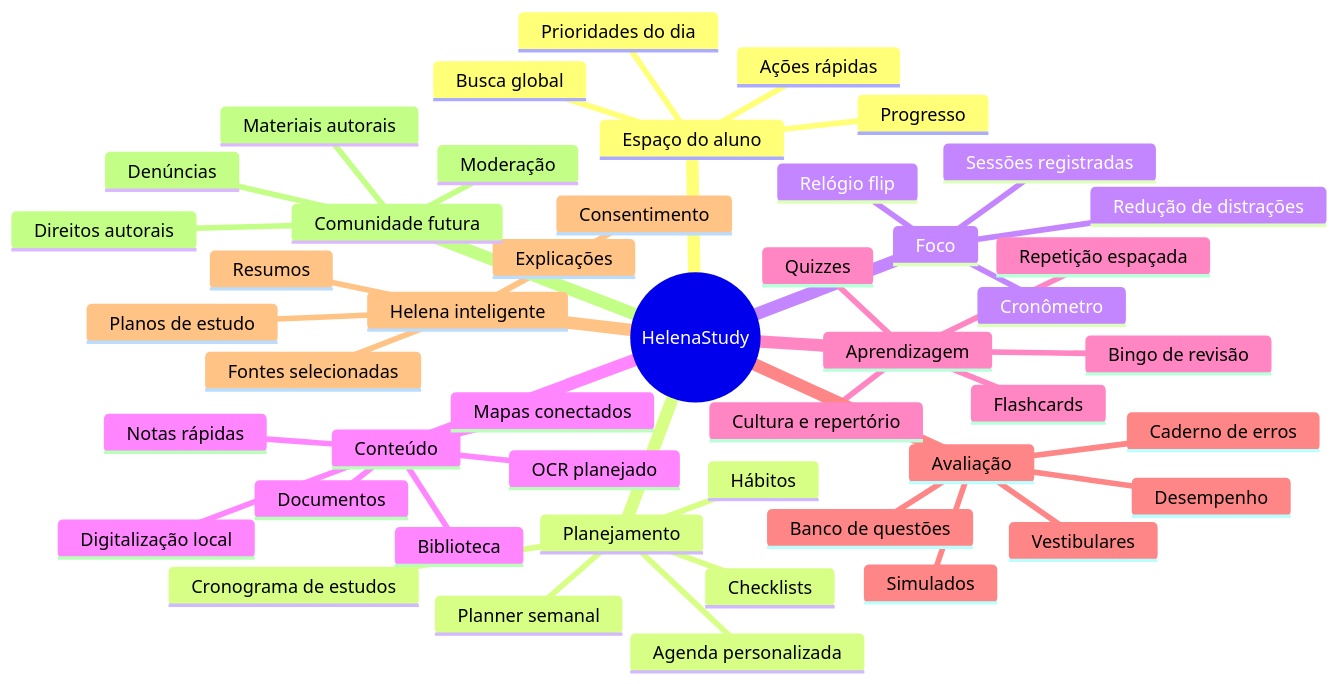
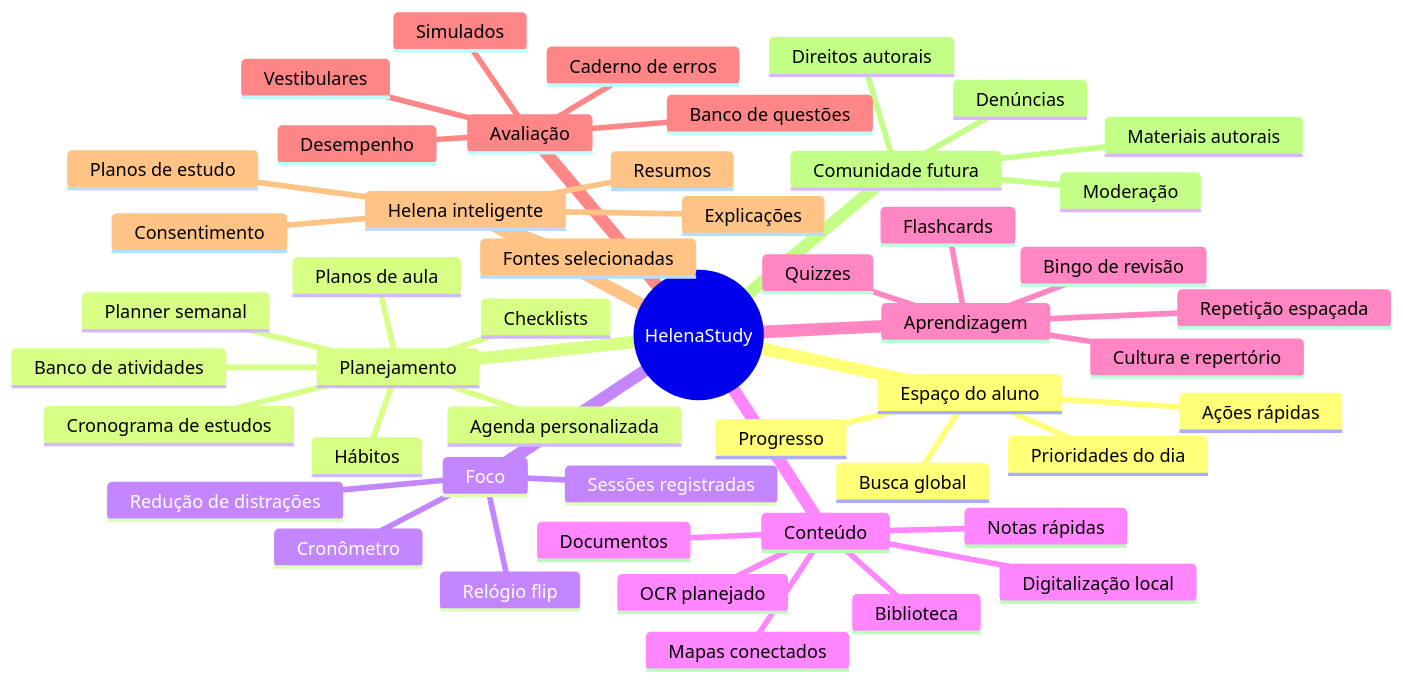
The first of 2 diagrams in docs/PRODUCT_MIND_MAP.md (olive644/helenastudy), drawn with Mermaid before and after one commit. The commit also changed 3 other files, not shown here.

First line of the commit message:
feat(planos-de-aula): banco de atividades TC/SC

````diff
--- a/docs/PRODUCT_MIND_MAP.md
+++ b/docs/PRODUCT_MIND_MAP.md
@@ -6,50 +6,52 @@
 ```mermaid
 mindmap
   root((HelenaStudy))
     Espaço do aluno
       Prioridades do dia
       Progresso
       Ações rápidas
       Busca global
     Planejamento
       Agenda personalizada
       Cronograma de estudos
       Planner semanal
       Checklists
       Hábitos
+      Planos de aula
+      Banco de atividades
     Foco
       Cronômetro
       Relógio flip
       Sessões registradas
       Redução de distrações
     Conteúdo
       Biblioteca
       Documentos
       Notas rápidas
       Digitalização local
       OCR planejado
       Mapas conectados
     Aprendizagem
       Flashcards
       Repetição espaçada
       Quizzes
       Bingo de revisão
       Cultura e repertório
     Avaliação
       Vestibulares
       Banco de questões
       Simulados
       Caderno de erros
       Desempenho
     Helena inteligente
       Fontes selecionadas
       Resumos
       Explicações
       Planos de estudo
       Consentimento
     Comunidade futura
       Materiais autorais
       Moderação
       Denúncias
       Direitos autorais
 ```
````
